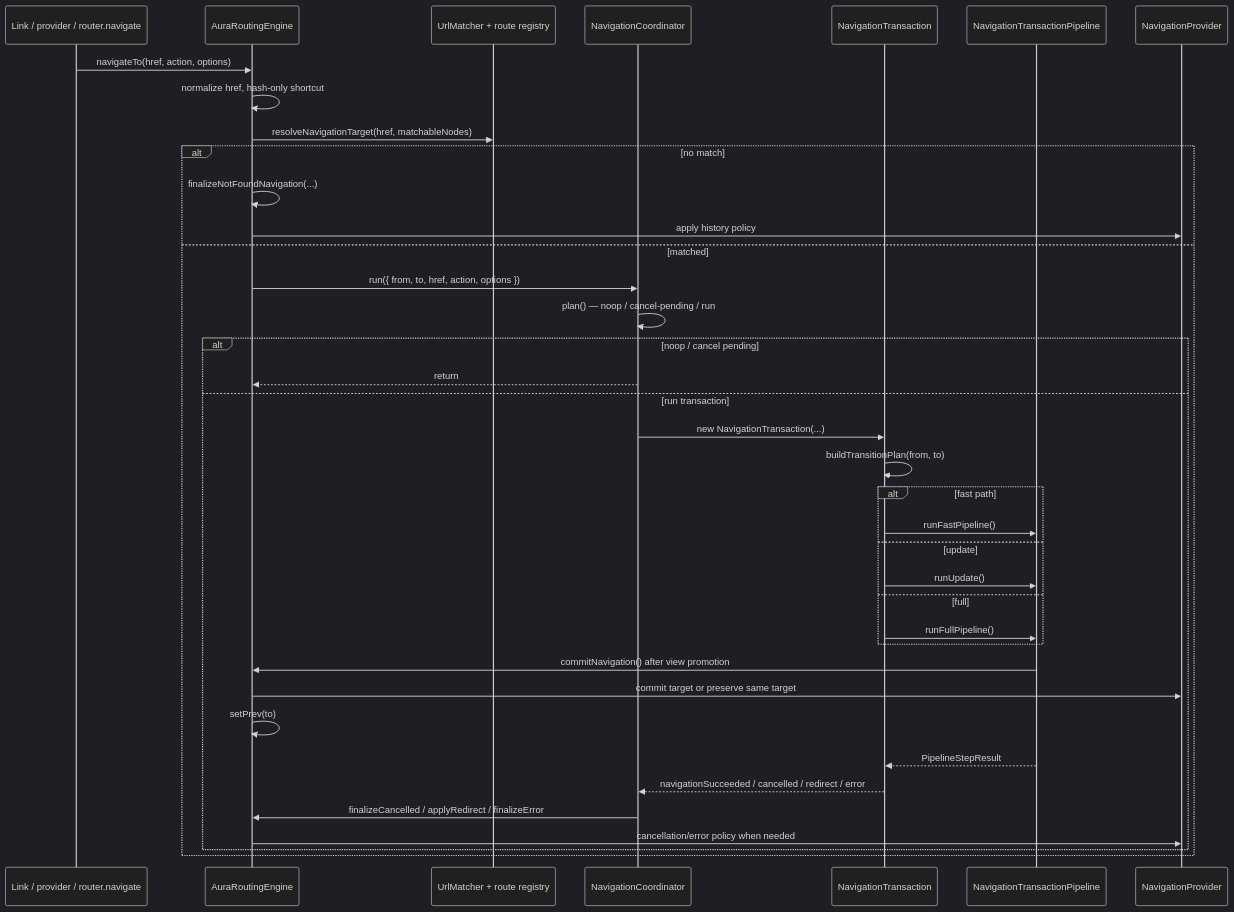
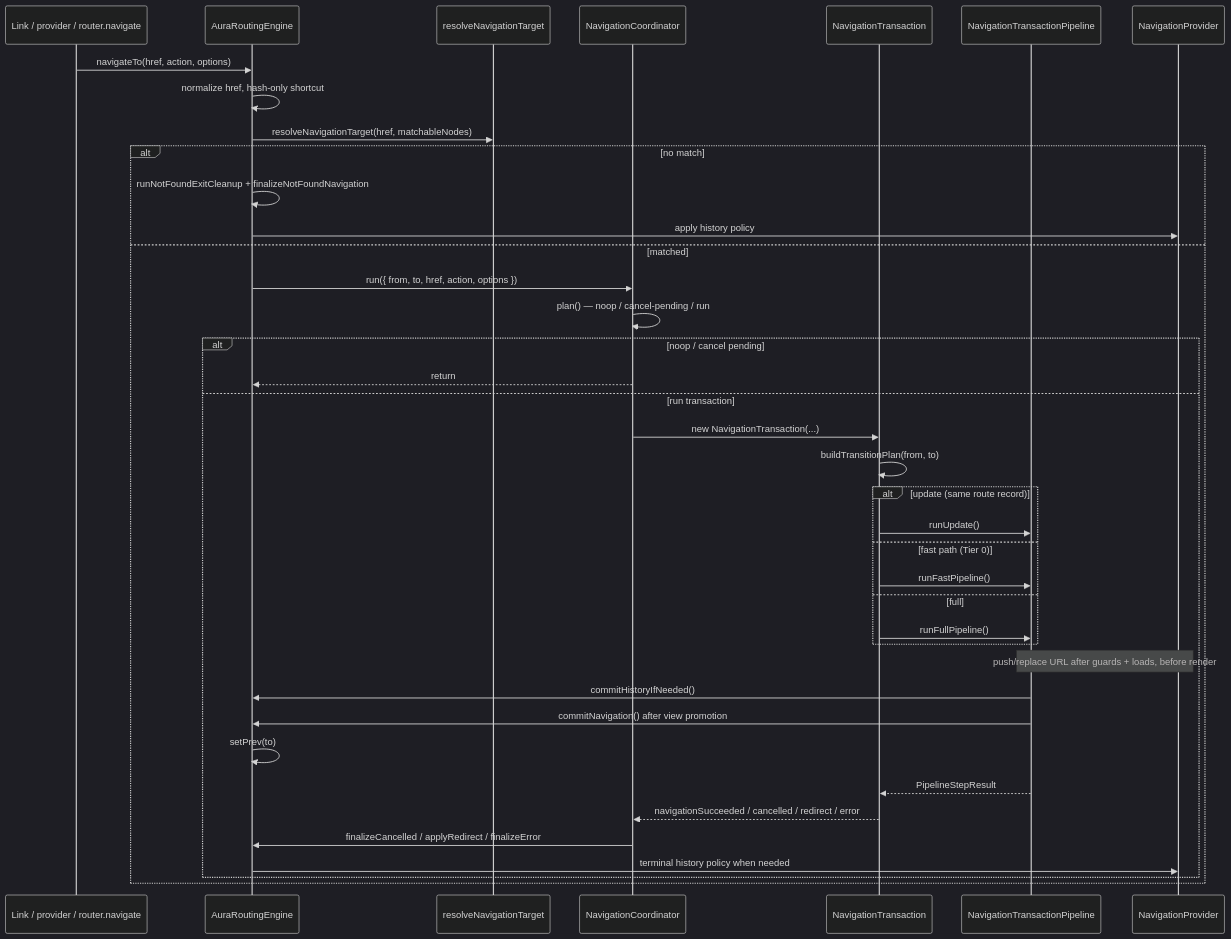
Before and after one commit to aura-ui/router: the diagram in src/modules/aura-routing-engine/core/ARCHITECTURE.md, drawn with Mermaid (dark theme). The commit also changed other lines of this file, not shown here.

Commit message:
docs: update engine architecture doc

````diff
--- a/src/modules/aura-routing-engine/core/ARCHITECTURE.md
+++ b/src/modules/aura-routing-engine/core/ARCHITECTURE.md
@@ -24,41 +29,42 @@
 ```mermaid
 sequenceDiagram
   participant Source as Link / provider / router.navigate
   participant Engine as AuraRoutingEngine
-  participant Match as UrlMatcher + route registry
+  participant Match as resolveNavigationTarget
   participant Coord as NavigationCoordinator
   participant Tx as NavigationTransaction
   participant Pipeline as NavigationTransactionPipeline
   participant History as NavigationProvider
 
   Source->>Engine: navigateTo(href, action, options)
   Engine->>Engine: normalize href, hash-only shortcut
   Engine->>Match: resolveNavigationTarget(href, matchableNodes)
   alt no match
-    Engine->>Engine: finalizeNotFoundNavigation(...)
+    Engine->>Engine: runNotFoundExitCleanup + finalizeNotFoundNavigation
     Engine->>History: apply history policy
   else matched
     Engine->>Coord: run({ from, to, href, action, options })
     Coord->>Coord: plan() — noop / cancel-pending / run
     alt noop / cancel pending
       Coord-->>Engine: return
     else run transaction
       Coord->>Tx: new NavigationTransaction(...)
       Tx->>Tx: buildTransitionPlan(from, to)
-      alt fast path
+      alt update (same route record)
+        Tx->>Pipeline: runUpdate()
+      else fast path (Tier 0)
         Tx->>Pipeline: runFastPipeline()
-      else update
-        Tx->>Pipeline: runUpdate()
       else full
         Tx->>Pipeline: runFullPipeline()
       end
+      Note over Pipeline,History: push/replace URL after guards + loads, before render
+      Pipeline->>Engine: commitHistoryIfNeeded()
       Pipeline->>Engine: commitNavigation() after view promotion
-      Engine->>History: commit target or preserve same target
       Engine->>Engine: setPrev(to)
       Pipeline-->>Tx: PipelineStepResult
       Tx-->>Coord: navigationSucceeded / cancelled / redirect / error
       Coord->>Engine: finalizeCancelled / applyRedirect / finalizeError
-      Engine->>History: cancellation/error policy when needed
+      Engine->>History: terminal history policy when needed
     end
   end
 ```
````
